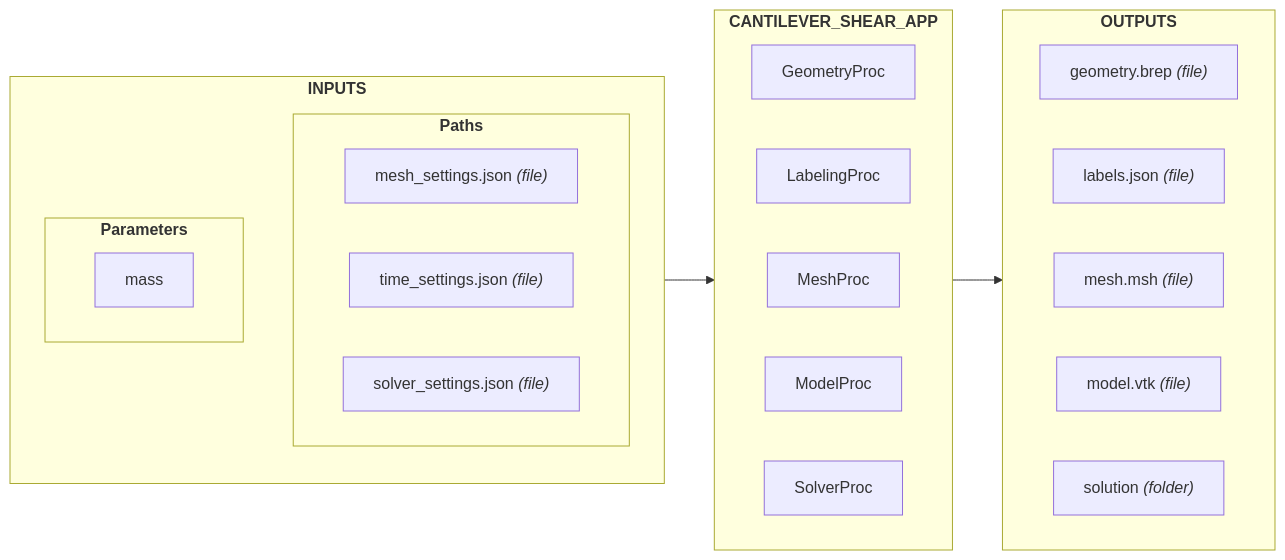
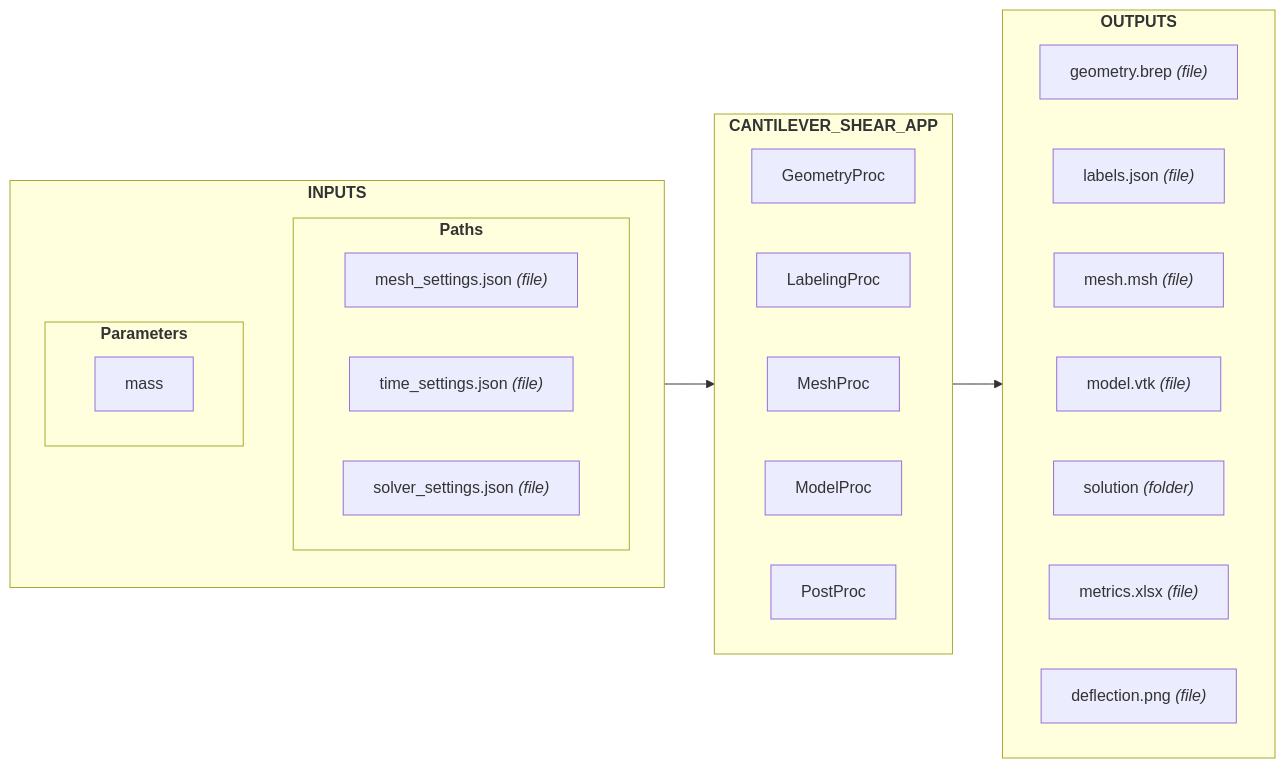
Before and after one commit to nuremics/sim-labs: the eighth of 14 diagrams in src/nuremics_labs/apps/simulation/CANTILEVER_SHEAR_APP/README.md, drawn with Mermaid. The commit also changed other lines of this file and 3 other files, not shown here.

Commit message:
add PostProc - without comments in code

````diff
--- a/src/nuremics_labs/apps/simulation/CANTILEVER_SHEAR_APP/README.md
+++ b/src/nuremics_labs/apps/simulation/CANTILEVER_SHEAR_APP/README.md
@@ -182,39 +204,42 @@
 ```mermaid
 flowchart LR
   subgraph Inputs[<b>INPUTS<b>]
     direction TB
 
     subgraph Paths[<b>Paths<b>]
       direction LR
       path1["mesh_settings.json <i>(file)<i>"]
       path2["time_settings.json <i>(file)<i>"]
       path3["solver_settings.json <i>(file)<i>"]
     end
 
     subgraph Parameters[<b>Parameters<b>]
       direction LR
       param1["mass"]
     end
   end
 
   subgraph App[<b>CANTILEVER_SHEAR_APP<b>]
     direction RL
     proc1["GeometryProc"]
     proc2["LabelingProc"]
     proc3["MeshProc"]
     proc4["ModelProc"]
     proc5["SolverProc"]
+    proc5["PostProc"]
   end
 
   subgraph Outputs[<b>OUTPUTS<b>]
     direction RL
     out1["geometry.brep <i>(file)<i>"]
     out2["labels.json <i>(file)<i>"]
     out3["mesh.msh <i>(file)<i>"]
     out4["model.vtk <i>(file)<i>"]
     out5["solution <i>(folder)<i>"]
+    out6["metrics.xlsx <i>(file)<i>"]
+    out7["deflection.png <i>(file)<i>"]
   end
 
   Inputs --> App
   App --> Outputs
 ```
````
